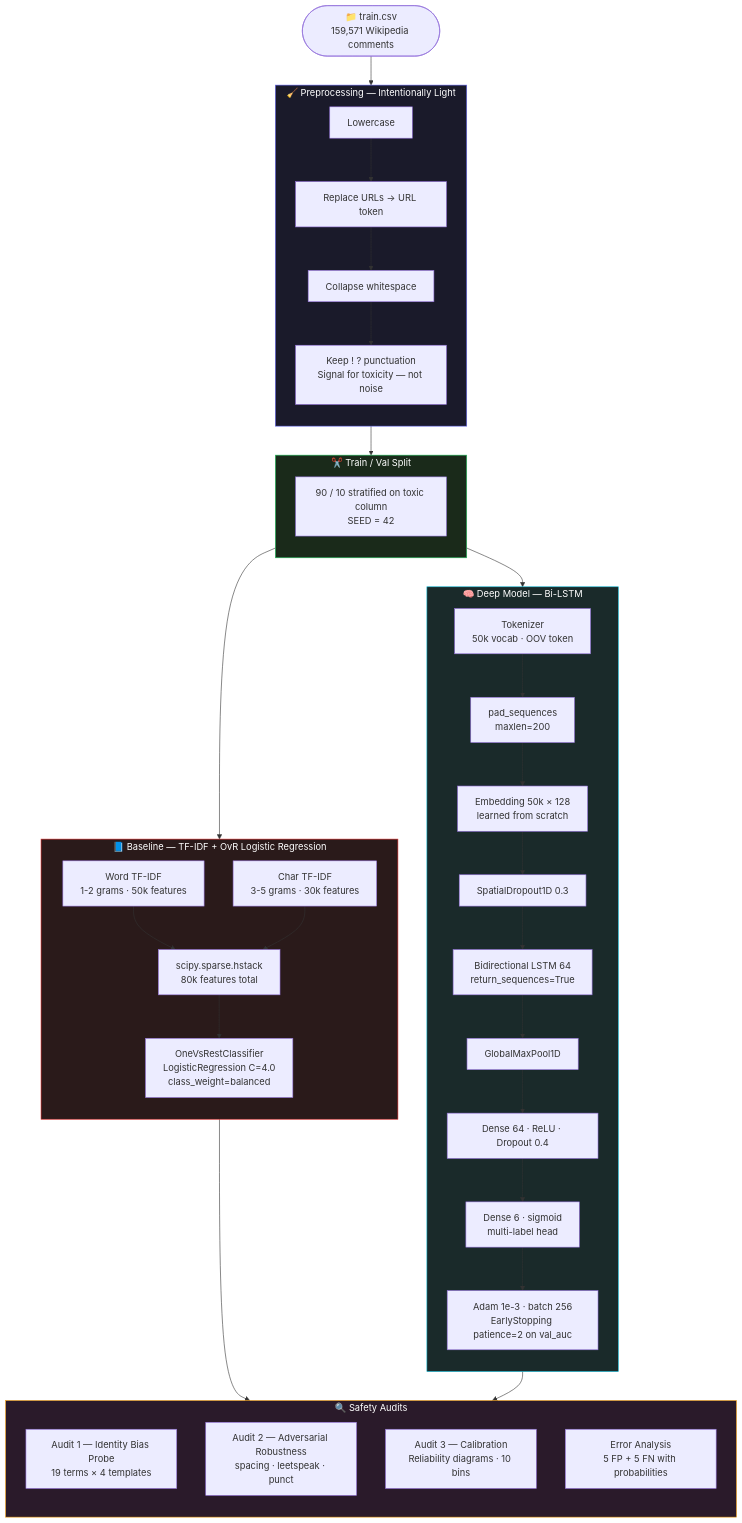
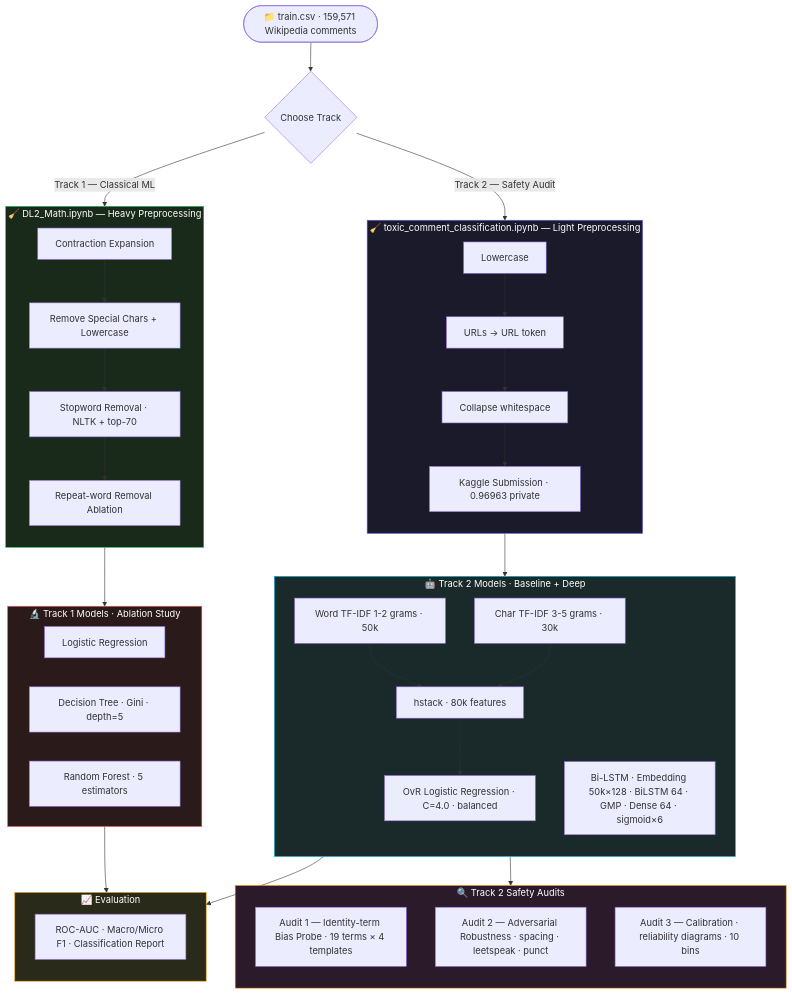
The diagram in README.md (Anisha-Singla-22/Jigsaw), drawn with Mermaid before and after one commit. The commit also changed other lines of this file and 2 other files, not shown here.

````diff
--- a/README.md
+++ b/README.md
@@ -116,59 +126,62 @@
 ```mermaid
 flowchart TD
-    RAW([📁 train.csv\n159,571 Wikipedia comments]) --> PP
+    RAW([📁 train.csv · 159,571 Wikipedia comments]) --> FORK{Choose Track}
 
-    subgraph PP [🧹 Preprocessing — Intentionally Light]
+    FORK -->|Track 1 — Classical ML| PP1
+    FORK -->|Track 2 — Safety Audit| PP2
+
+    subgraph PP1 [🧹 DL2_Math.ipynb — Heavy Preprocessing]
+        direction TB
+        CE[Contraction Expansion]
+        CE --> SC[Remove Special Chars + Lowercase]
+        SC --> SW[Stopword Removal · NLTK + top-70]
+        SW --> DD[Repeat-word Removal Ablation]
+    end
+
+    subgraph PP2 [🧹 toxic_comment_classification.ipynb — Light Preprocessing]
         direction TB
         L[Lowercase]
-        L --> U[Replace URLs → URL token]
+        L --> U[URLs → URL token]
         U --> W[Collapse whitespace]
-        W --> K[Keep ! ? punctuation\nSignal for toxicity — not noise]
+        W --> K[Keep ! ? punctuation · Toxicity signal]
     end
 
-    subgraph SP [✂️ Train / Val Split]
-        direction TB
-        S[90 / 10 stratified on toxic column\nSEED = 42]
+    subgraph M1 [🔬 Track 1 Models · Ablation Study]
+        direction LR
+        LR1[Logistic Regression]
+        DT[Decision Tree · Gini · depth=5]
+        RF[Random Forest · 5 estimators]
     end
 
-    subgraph LR [📘 Baseline — TF-IDF + OvR Logistic Regression]
+    subgraph M2 [🤖 Track 2 Models · Baseline + Deep]
         direction TB
-        TW[Word TF-IDF\n1-2 grams · 50k features]
-        TC[Char TF-IDF\n3-5 grams · 30k features]
-        TW --> HS[scipy.sparse.hstack\n80k features total]
-        TC --> HS
-        HS --> OV[OneVsRestClassifier\nLogisticRegression C=4.0\nclass_weight=balanced]
+        TW[Word TF-IDF 1-2 grams · 50k] --> HS[hstack · 80k features]
+        TC[Char TF-IDF 3-5 grams · 30k] --> HS
+        HS --> OV[OvR Logistic Regression · C=4.0 · balanced]
+        BL[Bi-LSTM · Embedding 50k×128 · BiLSTM 64 · GMP · Dense 64 · sigmoid×6]
     end
 
-    subgraph DL [🧠 Deep Model — Bi-LSTM]
+    subgraph AU [🔍 Track 2 Safety Audits]
         direction TB
-        TK[Tokenizer\n50k vocab · OOV token]
-        TK --> PS[pad_sequences\nmaxlen=200]
-        PS --> EM[Embedding 50k × 128\nlearned from scratch]
-        EM --> SD[SpatialDropout1D 0.3]
-        SD --> BL[Bidirectional LSTM 64\nreturn_sequences=True]
-        BL --> GP[GlobalMaxPool1D]
-        GP --> D1[Dense 64 · ReLU · Dropout 0.4]
-        D1 --> D2[Dense 6 · sigmoid\nmulti-label head]
-        D2 --> TR[Adam 1e-3 · batch 256\nEarlyStopping patience=2 on val_auc]
+        A1[Audit 1 — Identity-term Bias Probe · 19 terms × 4 templates]
+        A2[Audit 2 — Adversarial Robustness · spacing · leetspeak · punct]
+        A3[Audit 3 — Calibration · reliability diagrams · 10 bins]
     end
 
-    subgraph AU [🔍 Safety Audits]
+    subgraph EV [📈 Evaluation]
         direction TB
-        A1[Audit 1 — Identity Bias Probe\n19 terms × 4 templates]
-        A2[Audit 2 — Adversarial Robustness\nspacing · leetspeak · punct]
-        A3[Audit 3 — Calibration\nReliability diagrams · 10 bins]
-        EA[Error Analysis\n5 FP + 5 FN with probabilities]
+        K[Kaggle Submission · 0.96963 private]
+        R[ROC-AUC · Macro/Micro F1 · Classification Report]
     end
 
-    PP --> SP
-    SP --> LR
-    SP --> DL
-    LR --> AU
-    DL --> AU
+    PP1 --> M1 --> EV
+    PP2 --> M2 --> AU
+    M2 --> EV
 
-    style PP fill:#1a1a2a,stroke:#6366F1,color:#ffffff
-    style SP fill:#1a2a1a,stroke:#22C55E,color:#ffffff
-    style LR fill:#2a1a1a,stroke:#DC2626,color:#ffffff
-    style DL fill:#1a2a2a,stroke:#06B6D4,color:#ffffff
+    style PP1 fill:#1a2a1a,stroke:#22C55E,color:#ffffff
+    style PP2 fill:#1a1a2a,stroke:#6366F1,color:#ffffff
+    style M1 fill:#2a1a1a,stroke:#FF6B6B,color:#ffffff
+    style M2 fill:#1a2a2a,stroke:#06B6D4,color:#ffffff
     style AU fill:#2a1a2a,stroke:#F59E0B,color:#ffffff
+    style EV fill:#2a2a1a,stroke:#F59E0B,color:#ffffff
 ```
````
